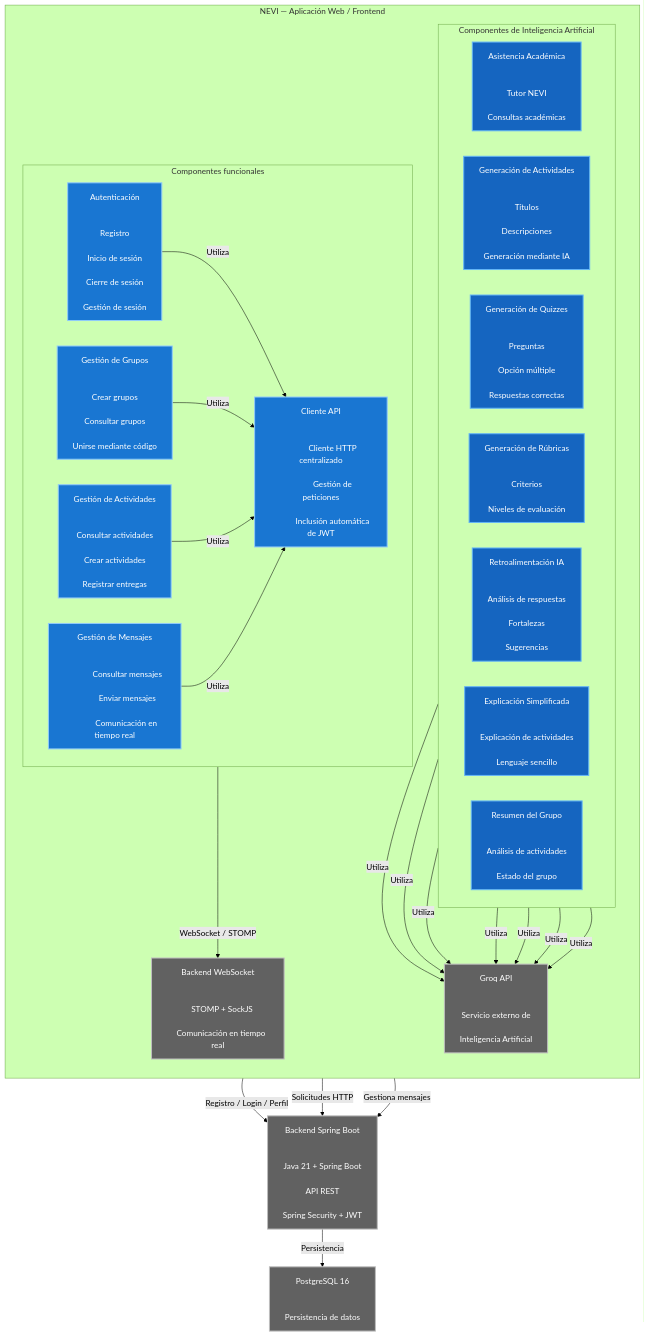
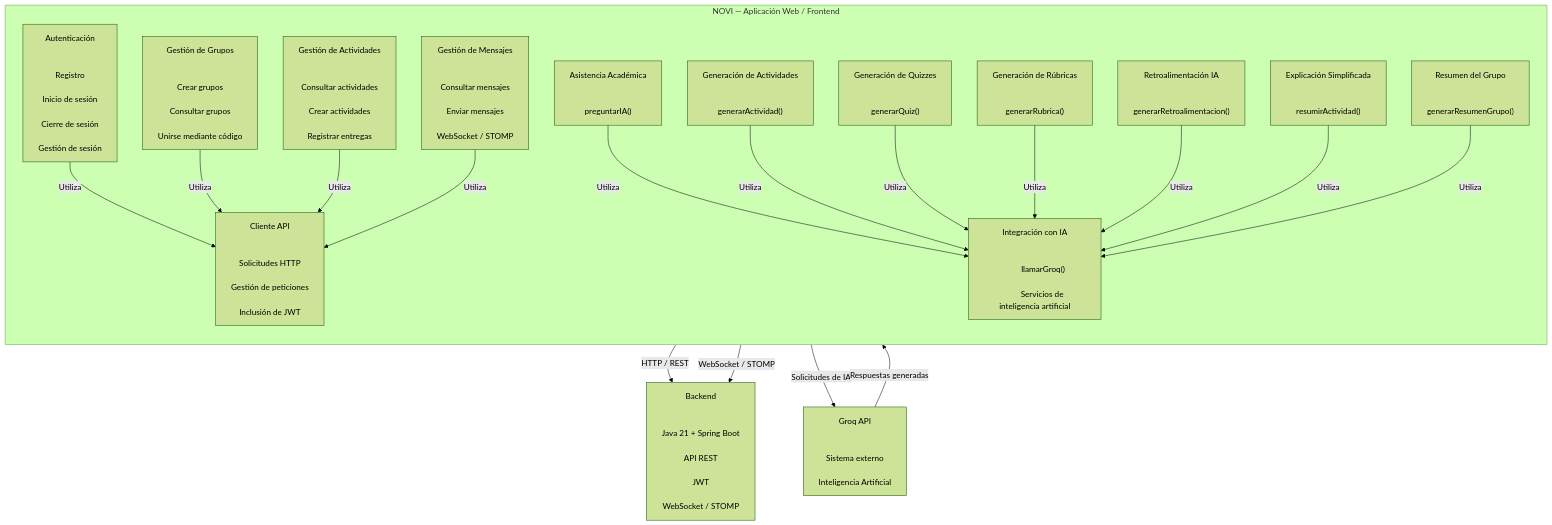
Before and after one commit to pinzon0930-boop/NEVI: the diagram in dossier/07-C4-Componentes.md, drawn with Mermaid (forest theme). The commit also changed other lines of this file, not shown here.

````diff
--- a/dossier/07-C4-Componentes.md
+++ b/dossier/07-C4-Componentes.md
@@ -414,119 +466,87 @@
 ```mermaid
 flowchart TB
 
-    subgraph NEVI["NEVI — Aplicación Web / Frontend"]
+    subgraph WEB["NOVI — Aplicación Web / Frontend"]
         direction TB
 
-        subgraph CORE["Componentes funcionales"]
-            direction LR
+        AUTH["Autenticación<br/><br/>
+        Registro<br/>
+        Inicio de sesión<br/>
+        Cierre de sesión<br/>
+        Gestión de sesión"]
 
-            AUTHC["Autenticación<br/><br/>
-            Registro<br/>
-            Inicio de sesión<br/>
-            Cierre de sesión<br/>
-            Gestión de sesión"]
+        API["Cliente API<br/><br/>
+        Solicitudes HTTP<br/>
+        Gestión de peticiones<br/>
+        Inclusión de JWT"]
 
-            APIC["Cliente API<br/><br/>
-            Cliente HTTP centralizado<br/>
-            Gestión de peticiones<br/>
-            Inclusión automática de JWT"]
+        GROUP["Gestión de Grupos<br/><br/>
+        Crear grupos<br/>
+        Consultar grupos<br/>
+        Unirse mediante código"]
 
-            GROUP["Gestión de Grupos<br/><br/>
-            Crear grupos<br/>
-            Consultar grupos<br/>
-            Unirse mediante código"]
+        ACT["Gestión de Actividades<br/><br/>
+        Consultar actividades<br/>
+        Crear actividades<br/>
+        Registrar entregas"]
 
-            ACT["Gestión de Actividades<br/><br/>
-            Consultar actividades<br/>
-            Crear actividades<br/>
-            Registrar entregas"]
+        MSG["Gestión de Mensajes<br/><br/>
+        Consultar mensajes<br/>
+        Enviar mensajes<br/>
+        WebSocket / STOMP"]
 
-            MSG["Gestión de Mensajes<br/><br/>
-            Consultar mensajes<br/>
-            Enviar mensajes<br/>
-            Comunicación en tiempo real"]
+        AI["Integración con IA<br/><br/>
+        llamarGroq()<br/>
+        Servicios de inteligencia artificial"]
 
-        end
+        TUTOR["Asistencia Académica<br/><br/>
+        preguntarIA()"]
 
-        subgraph AI["Componentes de Inteligencia Artificial"]
-            direction LR
+        GENACT["Generación de Actividades<br/><br/>
+        generarActividad()"]
 
-            TUTOR["Asistencia Académica<br/><br/>
-            Tutor NEVI<br/>
-            Consultas académicas"]
+        QUIZ["Generación de Quizzes<br/><br/>
+        generarQuiz()"]
 
-            GENACT["Generación de Actividades<br/><br/>
-            Títulos<br/>
-            Descripciones<br/>
-            Generación mediante IA"]
+        RUBRIC["Generación de Rúbricas<br/><br/>
+        generarRubrica()"]
 
-            QUIZ["Generación de Quizzes<br/><br/>
-            Preguntas<br/>
-            Opción múltiple<br/>
-            Respuestas correctas"]
+        FEEDBACK["Retroalimentación IA<br/><br/>
+        generarRetroalimentacion()"]
 
-            RUBRIC["Generación de Rúbricas<br/><br/>
-            Criterios<br/>
-            Niveles de evaluación"]
+        EXPLAIN["Explicación Simplificada<br/><br/>
+        resumirActividad()"]
 
-            FEEDBACK["Retroalimentación IA<br/><br/>
-            Análisis de respuestas<br/>
-            Fortalezas<br/>
-            Sugerencias"]
+        SUMMARY["Resumen del Grupo<br/><br/>
+        generarResumenGrupo()"]
 
-            EXPLAIN["Explicación Simplificada<br/><br/>
-            Explicación de actividades<br/>
-            Lenguaje sencillo"]
+        AUTH -->|"Utiliza"| API
+        GROUP -->|"Utiliza"| API
+        ACT -->|"Utiliza"| API
+        MSG -->|"Utiliza"| API
 
-            SUMMARY["Resumen del Grupo<br/><br/>
-            Análisis de actividades<br/>
-            Estado del grupo"]
-        end
-
-        AUTHC -->|"Utiliza"| APIC
-        GROUP -->|"Utiliza"| APIC
-        ACT -->|"Utiliza"| APIC
-        MSG -->|"Utiliza"| APIC
-
-        MSG -->|"WebSocket / STOMP"| WS
-
-        TUTOR -->|"Utiliza"| GROQ
-        GENACT -->|"Utiliza"| GROQ
-        QUIZ -->|"Utiliza"| GROQ
-        RUBRIC -->|"Utiliza"| GROQ
-        FEEDBACK -->|"Utiliza"| GROQ
-        EXPLAIN -->|"Utiliza"| GROQ
-        SUMMARY -->|"Utiliza"| GROQ
+        TUTOR -->|"Utiliza"| AI
+        GENACT -->|"Utiliza"| AI
+        QUIZ -->|"Utiliza"| AI
+        RUBRIC -->|"Utiliza"| AI
+        FEEDBACK -->|"Utiliza"| AI
+        EXPLAIN -->|"Utiliza"| AI
+        SUMMARY -->|"Utiliza"| AI
     end
 
-    BACK["Backend Spring Boot<br/><br/>
+    BACK["Backend<br/><br/>
     Java 21 + Spring Boot<br/>
     API REST<br/>
-    Spring Security + JWT"]
-
-    WS["Backend WebSocket<br/><br/>
-    STOMP + SockJS<br/>
-    Comunicación en tiempo real"]
+    JWT<br/>
+    WebSocket / STOMP"]
 
     GROQ["Groq API<br/><br/>
-    Servicio externo de<br/>
+    Sistema externo<br/>
     Inteligencia Artificial"]
 
-    DB["PostgreSQL 16<br/><br/>
-    Persistencia de datos"]
+    API -->|"HTTP / REST"| BACK
+    MSG -->|"WebSocket / STOMP"| BACK
 
-    AUTHC -->|"Registro / Login / Perfil"| BACK
-    APIC -->|"Solicitudes HTTP"| BACK
-
-    BACK -->|"Persistencia"| DB
-
-    WS -->|"Gestiona mensajes"| BACK
-
-    classDef component fill:#1976D2,stroke:#90CAF9,color:#FFFFFF,stroke-width:2px;
-    classDef ai fill:#1565C0,stroke:#64B5F6,color:#FFFFFF,stroke-width:2px;
-    classDef external fill:#616161,stroke:#BDBDBD,color:#FFFFFF,stroke-width:2px;
-
-    class AUTHC,APIC,GROUP,ACT,MSG component;
-    class TUTOR,GENACT,QUIZ,RUBRIC,FEEDBACK,EXPLAIN,SUMMARY ai;
-    class BACK,WS,DB,GROQ external;
+    AI -->|"Solicitudes de IA"| GROQ
+    GROQ -->|"Respuestas generadas"| AI
 ```
````
